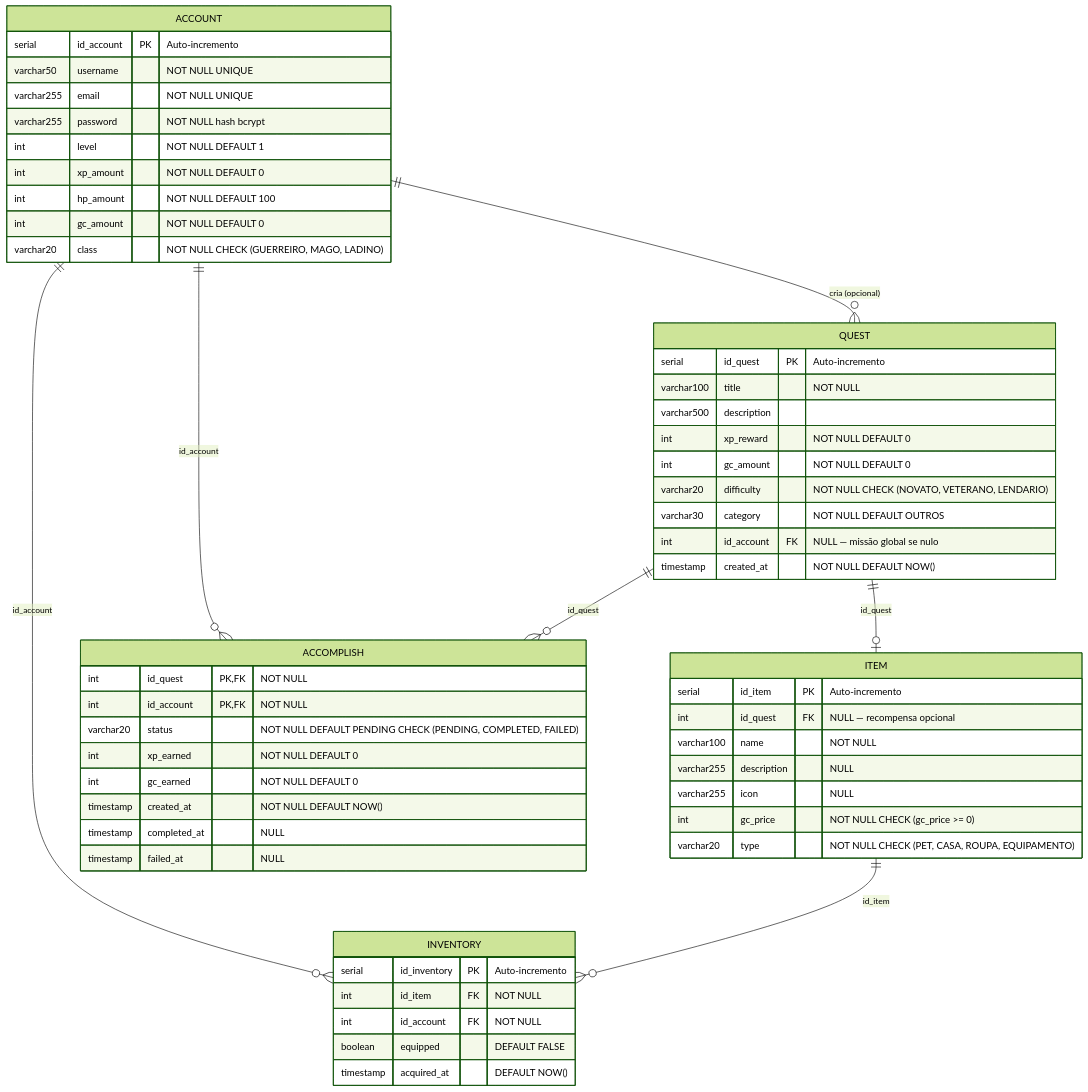
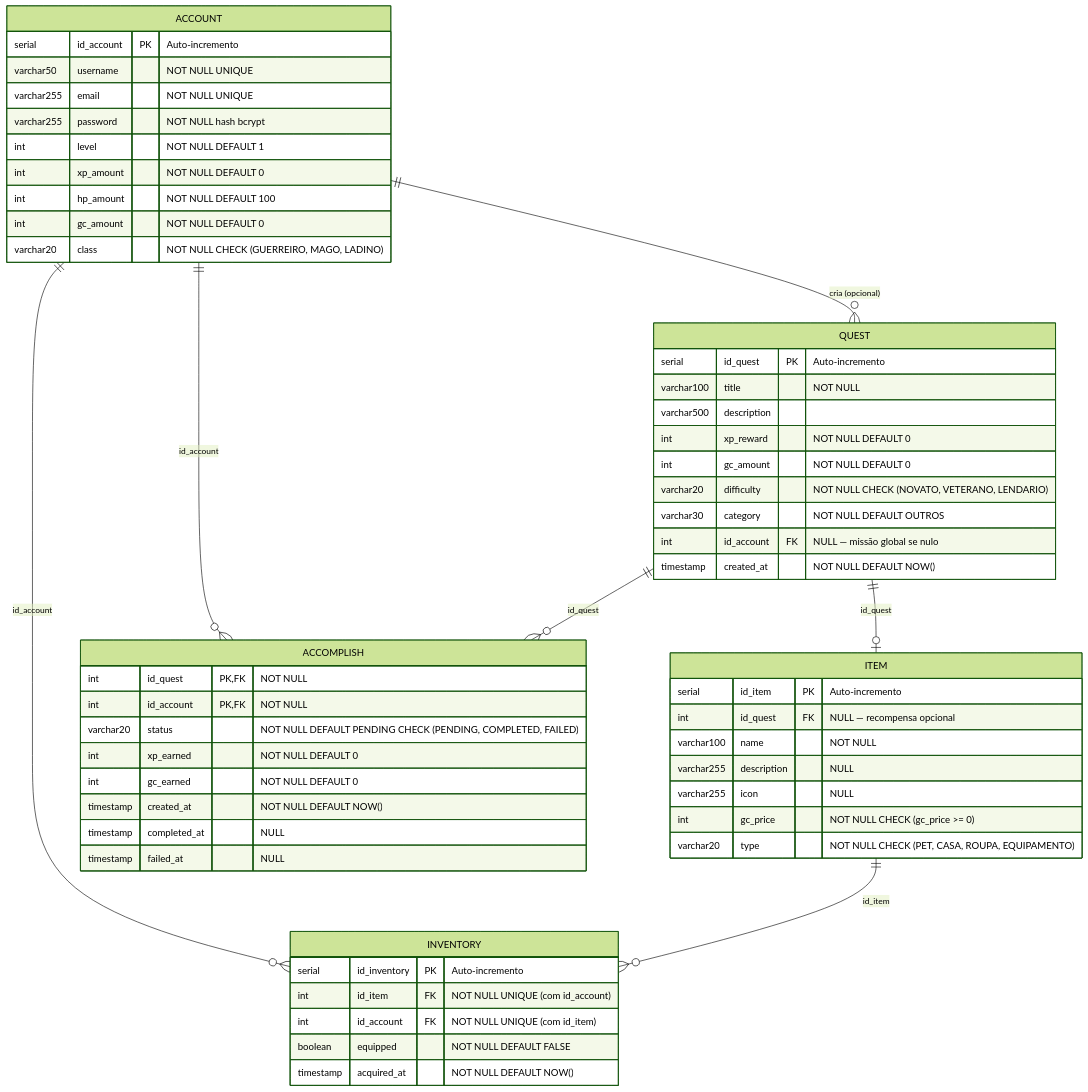
Before and after one commit to rapf-ht/Level-Up: the diagram in docs/diagrams/Diagrama_Relacional.md, drawn with Mermaid (forest theme). The commit also changed other lines of this file and 10 other files, not shown here.

````diff
--- a/docs/diagrams/Diagrama_Relacional.md
+++ b/docs/diagrams/Diagrama_Relacional.md
@@ -5,62 +5,62 @@
 ```mermaid
 erDiagram
     ACCOUNT {
         serial      id_account  PK  "Auto-incremento"
         varchar50   username        "NOT NULL UNIQUE"
         varchar255  email           "NOT NULL UNIQUE"
         varchar255  password        "NOT NULL hash bcrypt"
         int         level           "NOT NULL DEFAULT 1"
         int         xp_amount       "NOT NULL DEFAULT 0"
         int         hp_amount       "NOT NULL DEFAULT 100"
         int         gc_amount       "NOT NULL DEFAULT 0"
         varchar20   class           "NOT NULL CHECK (GUERREIRO, MAGO, LADINO)"
     }
 
     QUEST {
         serial          id_quest     PK  "Auto-incremento"
         varchar100      title            "NOT NULL"
         varchar500      description
         int             xp_reward        "NOT NULL DEFAULT 0"
         int             gc_amount        "NOT NULL DEFAULT 0"
         varchar20       difficulty       "NOT NULL CHECK (NOVATO, VETERANO, LENDARIO)"
         varchar30       category         "NOT NULL DEFAULT OUTROS"
         int             id_account   FK  "NULL — missão global se nulo"
         timestamp       created_at       "NOT NULL DEFAULT NOW()"
     }
 
     ITEM {
         serial         id_item     PK  "Auto-incremento"
         int            id_quest    FK  "NULL — recompensa opcional"
         varchar100     name            "NOT NULL"
         varchar255     description     "NULL"
         varchar255     icon            "NULL"
         int            gc_price        "NOT NULL CHECK (gc_price >= 0)"
         varchar20      type            "NOT NULL CHECK (PET, CASA, ROUPA, EQUIPAMENTO)"
     }
 
     INVENTORY {
         serial    id_inventory  PK  "Auto-incremento"
-        int       id_item       FK  "NOT NULL"
-        int       id_account    FK  "NOT NULL"
-        boolean   equipped          "DEFAULT FALSE"
-        timestamp acquired_at       "DEFAULT NOW()"
+        int       id_item       FK  "NOT NULL UNIQUE (com id_account)"
+        int       id_account    FK  "NOT NULL UNIQUE (com id_item)"
+        boolean   equipped          "NOT NULL DEFAULT FALSE"
+        timestamp acquired_at       "NOT NULL DEFAULT NOW()"
     }
 
     ACCOMPLISH {
         int       id_quest     PK, FK  "NOT NULL"
         int       id_account   PK, FK  "NOT NULL"
         varchar20 status               "NOT NULL DEFAULT PENDING CHECK (PENDING, COMPLETED, FAILED)"
         int       xp_earned            "NOT NULL DEFAULT 0"
         int       gc_earned            "NOT NULL DEFAULT 0"
         timestamp created_at           "NOT NULL DEFAULT NOW()"
         timestamp completed_at         "NULL"
         timestamp failed_at            "NULL"
     }
 
     ACCOUNT     ||--o{ QUEST       : "cria (opcional)"
     ACCOUNT     ||--o{ ACCOMPLISH  : "id_account"
     QUEST       ||--o{ ACCOMPLISH  : "id_quest"
     QUEST       ||--o| ITEM        : "id_quest"
     ACCOUNT     ||--o{ INVENTORY   : "id_account"
     ITEM        ||--o{ INVENTORY   : "id_item"
 ```
````
